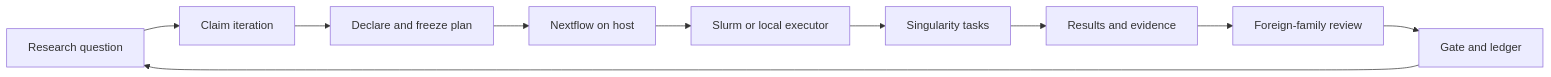
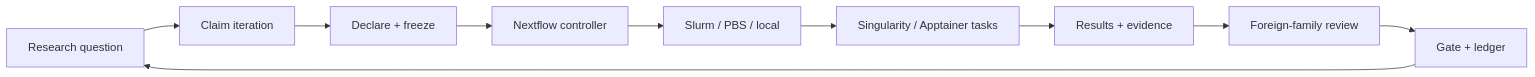
One commit to HudoGriz/autoresearch-hpc changed the diagram in README.md. Above: the diagram before and after it, drawn with Mermaid. The commit also changed other lines of this file and 78 other files, not shown here.

````diff
--- a/README.md
+++ b/README.md
@@ -67,12 +45,12 @@
 ```mermaid
 flowchart LR
     A[Research question] --> B[Claim iteration]
-    B --> C[Declare and freeze plan]
-    C --> D[Nextflow on host]
-    D --> E[Slurm or local executor]
-    E --> F[Singularity tasks]
-    F --> G[Results and evidence]
+    B --> C[Declare + freeze]
+    C --> D[Nextflow controller]
+    D --> E[Slurm / PBS / local]
+    E --> F[Singularity / Apptainer tasks]
+    F --> G[Results + evidence]
     G --> H[Foreign-family review]
-    H --> I[Gate and ledger]
+    H --> I[Gate + ledger]
     I --> A
 ```
````
